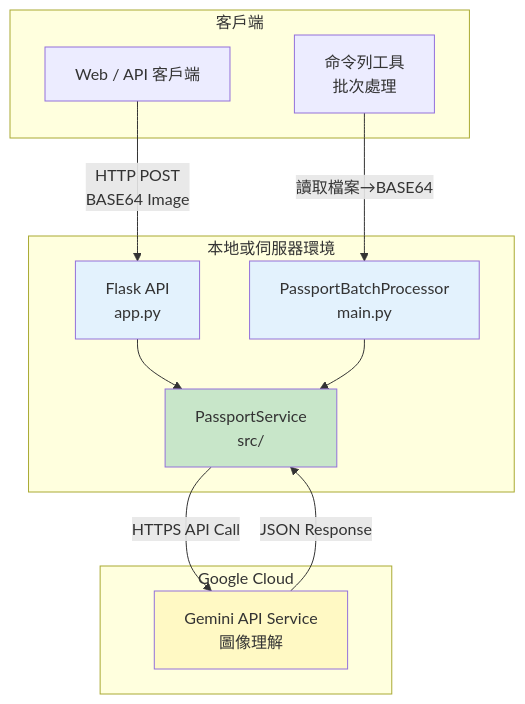
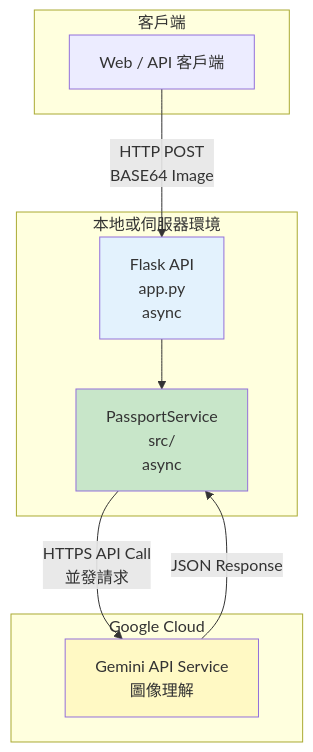
The fourth of 4 diagrams in 元件圖.md (wu02067602/Passport-image-recognition), drawn with Mermaid before and after one commit. The commit also changed other lines of this file and 10 other files, not shown here.

First line of the commit message:
Refactor: Enhance passport recognition API with async support

````diff
--- a/元件圖.md
+++ b/元件圖.md
@@ -166,30 +129,25 @@
 ```mermaid
 graph TB
     subgraph "客戶端"
         WEB[Web / API 客戶端]
-        CLI[命令列工具<br/>批次處理]
     end
     
     subgraph "本地或伺服器環境"
-        API[Flask API<br/>app.py]
-        BATCH[PassportBatchProcessor<br/>main.py]
-        CORE[PassportService<br/>src/]
+        API[Flask API<br/>app.py<br/>async]
+        CORE[PassportService<br/>src/<br/>async]
     end
     
     subgraph "Google Cloud"
         GEMINI[Gemini API Service<br/>圖像理解]
     end
     
     WEB -->|HTTP POST<br/>BASE64 Image| API
-    CLI -->|讀取檔案→BASE64| BATCH
     
     API --> CORE
-    BATCH --> CORE
-    CORE -->|HTTPS API Call| GEMINI
+    CORE -->|HTTPS API Call<br/>並發請求| GEMINI
     GEMINI -->|JSON Response| CORE
     
     style API fill:#e3f2fd
-    style BATCH fill:#e3f2fd
     style CORE fill:#c8e6c9
     style GEMINI fill:#fff9c4
 ```
````
